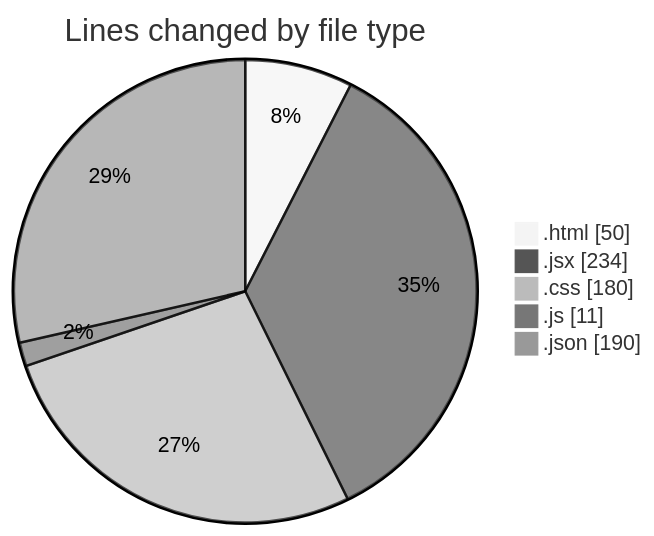
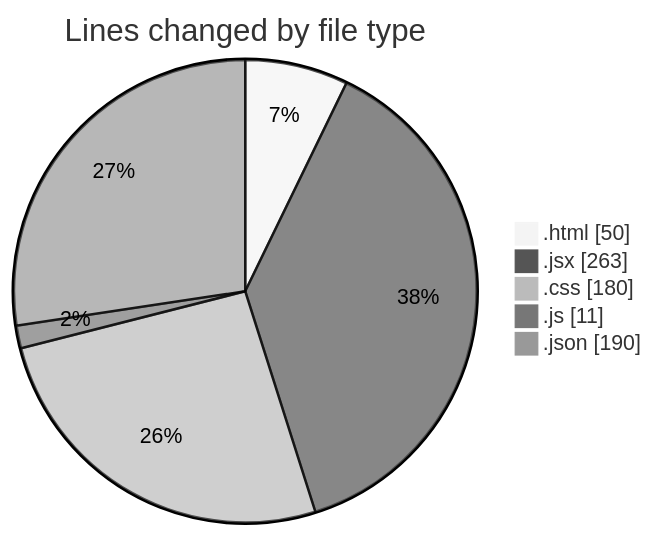
One commit to Elitesun/code-tracking changed the first of 2 diagrams in 2025-02-12/elitegpt/README.md. Above: the diagram before and after it, drawn with Mermaid (neutral theme). The commit also changed other lines of this file and 1 other file, not shown here.

````diff
--- a/2025-02-12/elitegpt/README.md
+++ b/2025-02-12/elitegpt/README.md
@@ -31,9 +31,9 @@
 ```mermaid
 pie showData
 title Lines changed by file type
 ".html" : 50
-".jsx" : 234
+".jsx" : 263
 ".css" : 180
 ".js" : 11
 ".json" : 190
 ```
````
